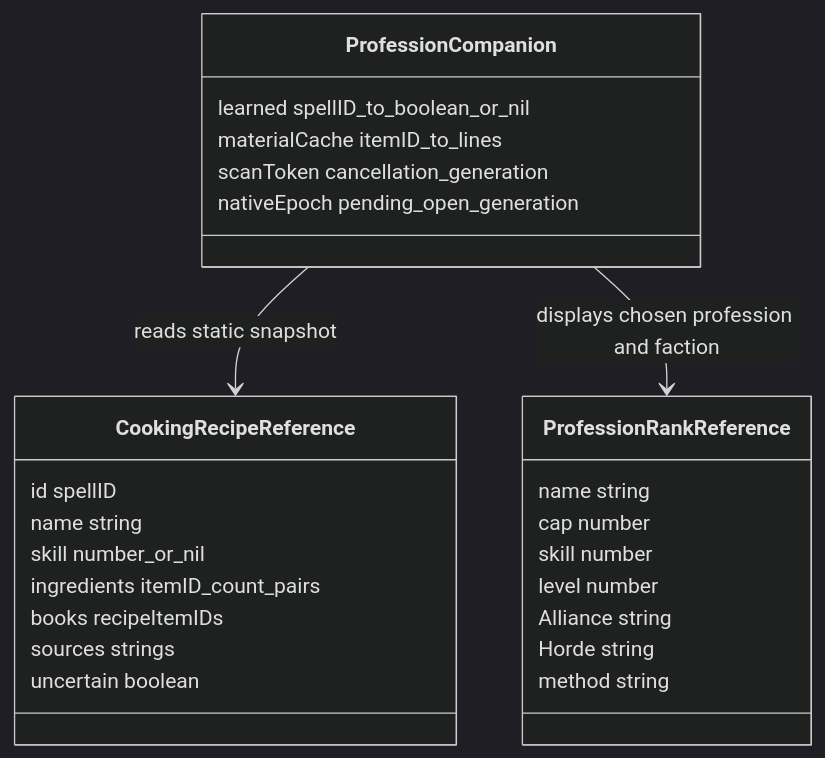
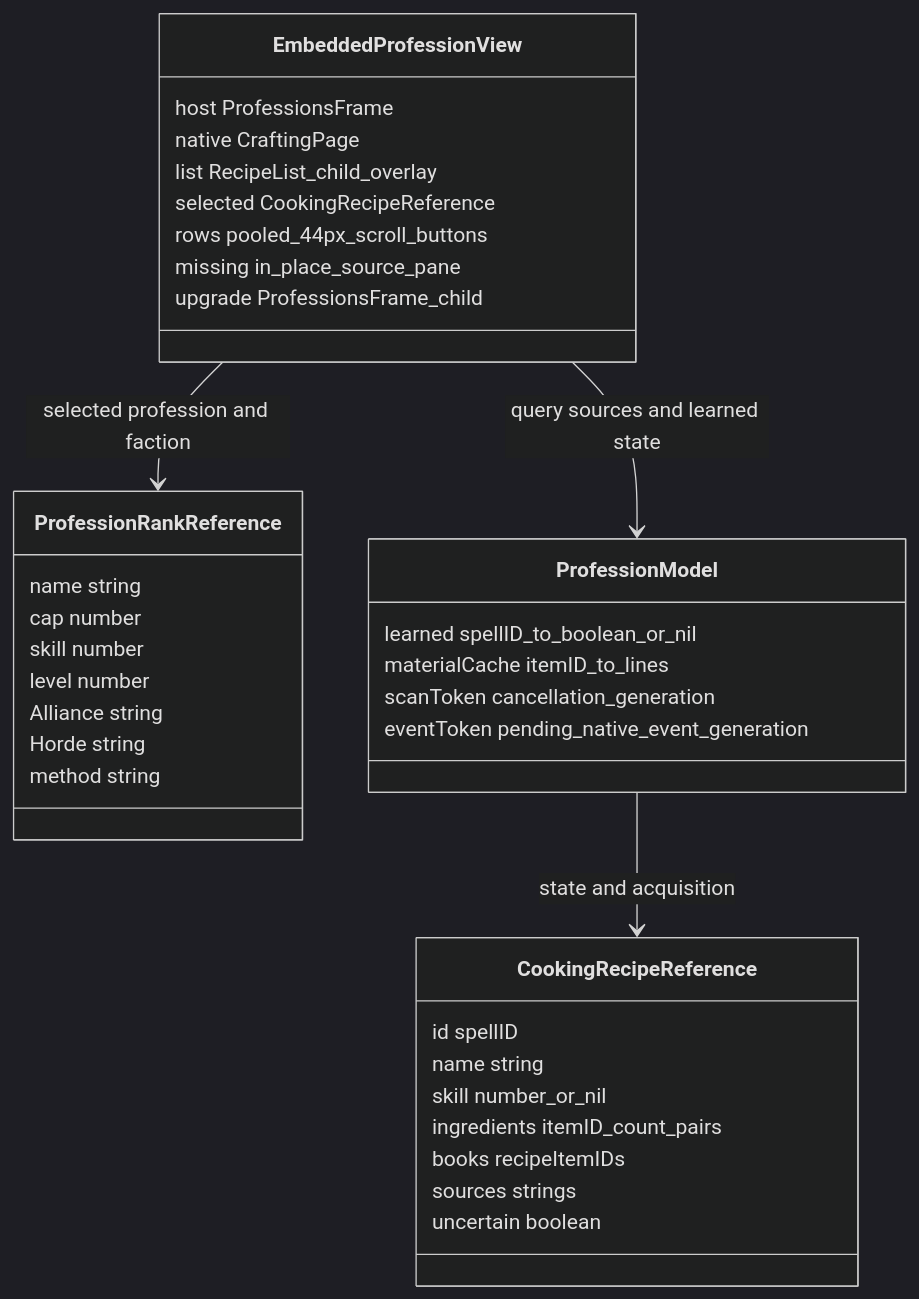
One commit to YodaGitMaster/QuestSharing changed diagram 25 of 27 in context/architecture.md. Above: the diagram before and after it, drawn with Mermaid (dark theme). The commit also changed other lines of this file and 47 other files, not shown here.

````diff
--- a/context/architecture.md
+++ b/context/architecture.md
@@ -683,29 +831,39 @@
 ```mermaid
 classDiagram
     class CookingRecipeReference {
         id spellID
         name string
         skill number_or_nil
         ingredients itemID_count_pairs
         books recipeItemIDs
         sources strings
         uncertain boolean
     }
     class ProfessionRankReference {
         name string
         cap number
         skill number
         level number
         Alliance string
         Horde string
         method string
     }
-    class ProfessionCompanion {
+    class ProfessionModel {
         learned spellID_to_boolean_or_nil
         materialCache itemID_to_lines
         scanToken cancellation_generation
-        nativeEpoch pending_open_generation
+        eventToken pending_native_event_generation
     }
-    ProfessionCompanion --> CookingRecipeReference : reads static snapshot
-    ProfessionCompanion --> ProfessionRankReference : displays chosen profession and faction
+    class EmbeddedProfessionView {
+        host ProfessionsFrame
+        native CraftingPage
+        list RecipeList_child_overlay
+        selected CookingRecipeReference
+        rows pooled_44px_scroll_buttons
+        missing in_place_source_pane
+        upgrade ProfessionsFrame_child
+    }
+    ProfessionModel --> CookingRecipeReference : state and acquisition
+    EmbeddedProfessionView --> ProfessionModel : query sources and learned state
+    EmbeddedProfessionView --> ProfessionRankReference : selected profession and faction
 ```
````
